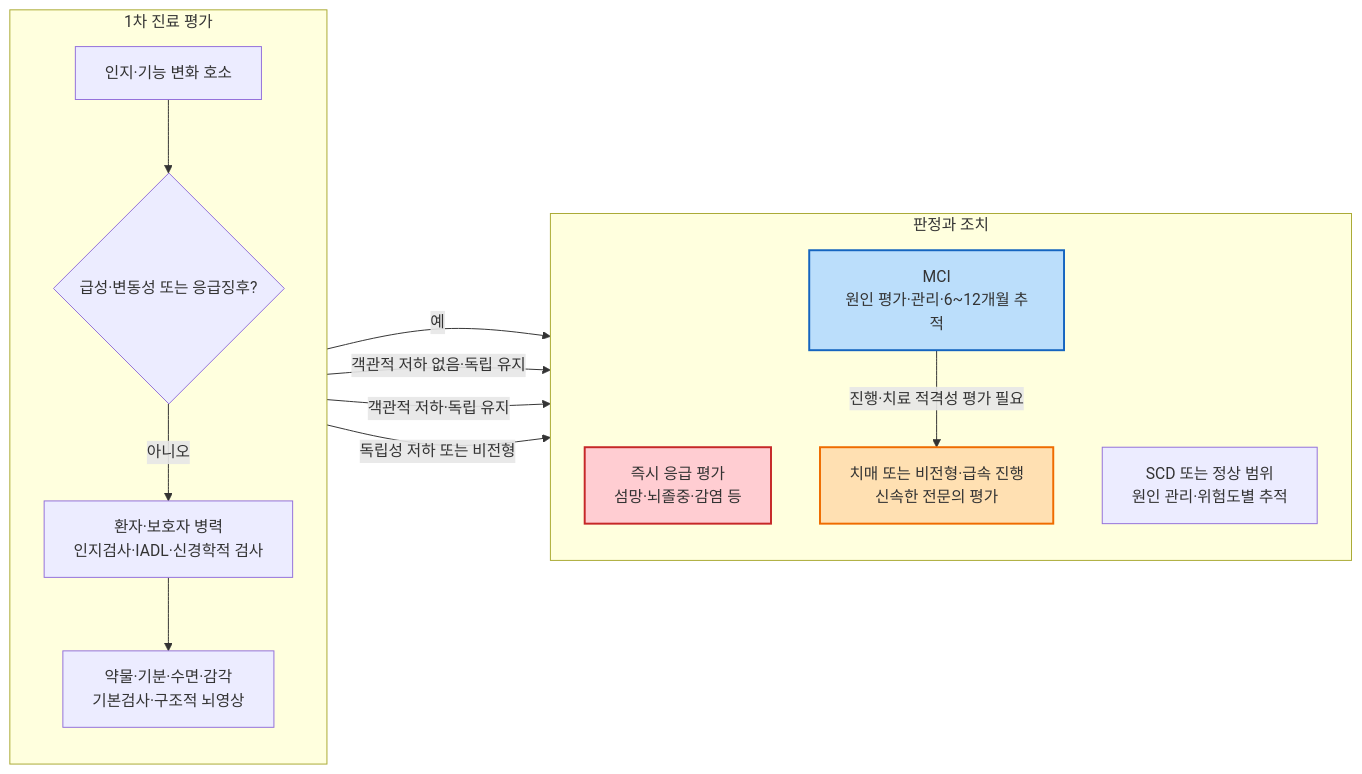
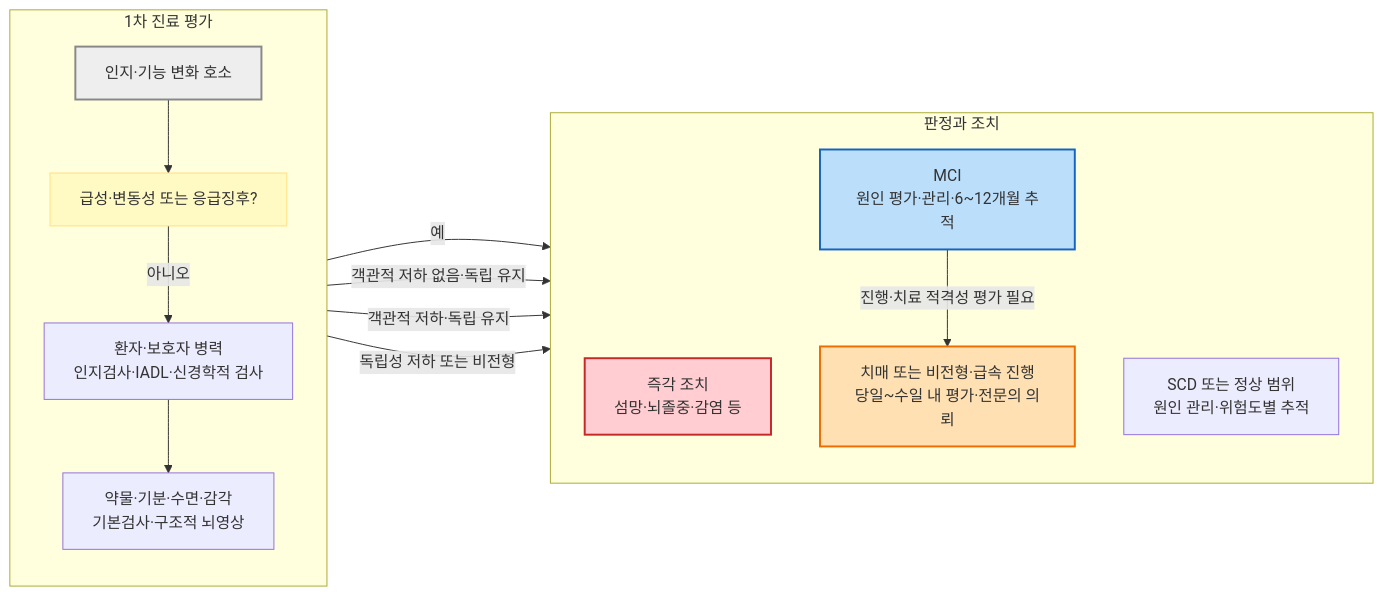
One commit to familyoh77/familyoh77 changed the diagram in 221_/032_-mild-cognitive-impairment.md. Above: the diagram before and after it, drawn with Mermaid. The commit also changed other lines of this file, not shown here.

````diff
--- a/221_/032_-mild-cognitive-impairment.md
+++ b/221_/032_-mild-cognitive-impairment.md
@@ -211,25 +214,27 @@
 ```mermaid
 flowchart LR
     subgraph L["1차 진료 평가"]
         direction TB
-        A["인지·기능 변화 호소"] --> B{"급성·변동성 또는 응급징후?"}
+        A["인지·기능 변화 호소"] --> B["급성·변동성 또는 응급징후?"]
         B -->|아니오| C["환자·보호자 병력<br/>인지검사·IADL·신경학적 검사"]
         C --> D["약물·기분·수면·감각<br/>기본검사·구조적 뇌영상"]
     end
     subgraph R["판정과 조치"]
         direction TB
-        E["즉시 응급 평가<br/>섬망·뇌졸중·감염 등"]
+        E["즉각 조치<br/>섬망·뇌졸중·감염 등"]
         F["SCD 또는 정상 범위<br/>원인 관리·위험도별 추적"]
         G["MCI<br/>원인 평가·관리·6~12개월 추적"]
-        H["치매 또는 비전형·급속 진행<br/>신속한 전문의 평가"]
+        H["치매 또는 비전형·급속 진행<br/>당일~수일 내 평가·전문의 의뢰"]
     end
     B -->|예| E
     D -->|객관적 저하 없음·독립 유지| F
     D -->|객관적 저하·독립 유지| G
     D -->|독립성 저하 또는 비전형| H
     G -->|진행·치료 적격성 평가 필요| H
 
+    style A fill:#eeeeee,stroke:#888888,stroke-width:2px
+    style B fill:#fff9c4,stroke:#ffe082
     style E fill:#ffcdd2,stroke:#c62828,stroke-width:2px
     style G fill:#bbdefb,stroke:#1565c0,stroke-width:2px
     style H fill:#ffe0b2,stroke:#ef6c00,stroke-width:2px
 ```
````
